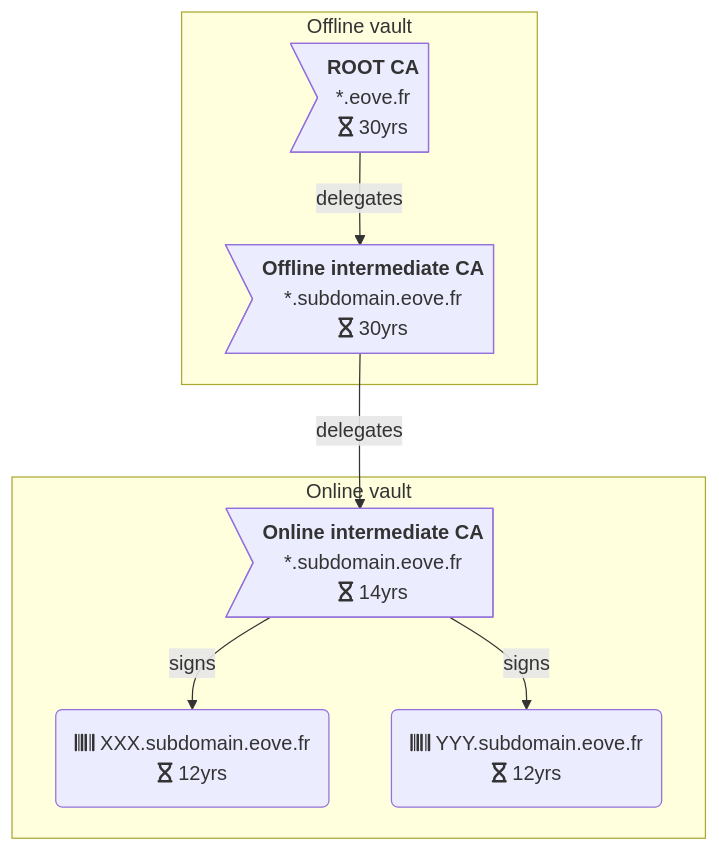
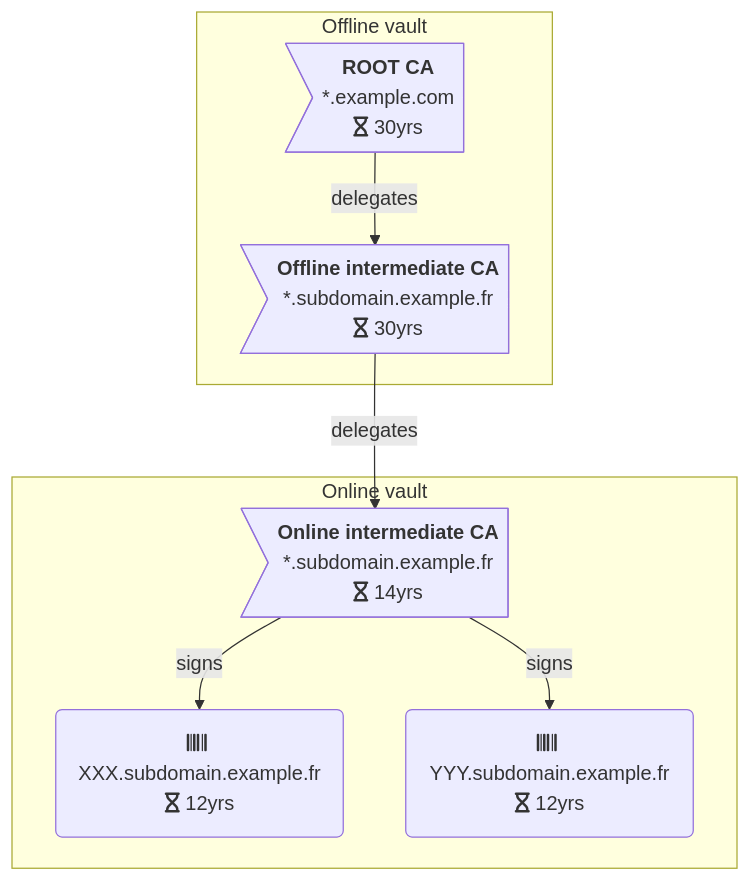
Before and after one commit to eove/orca: the diagram in docs/architecture.md, drawn with Mermaid. The commit also changed other lines of this file and 7 other files, not shown here.

````diff
--- a/docs/architecture.md
+++ b/docs/architecture.md
@@ -18,25 +17,25 @@
 ```mermaid
 flowchart TD
 
     subgraph Offline vault
-        EOVE_ROOT_CA>"<b>ROOT CA</b>
-*.eove.fr
+        ROOT_CA>"<b>ROOT CA</b>
+*.example.com
 fa:fa-hourglass 30yrs"]
-        EOVE_INTERMEDIATE_CA>"<b>Offline intermediate CA</b>
-*.subdomain.eove.fr
+        INTERMEDIATE_CA>"<b>Offline intermediate CA</b>
+*.subdomain.example.fr
 fa:fa-hourglass 30yrs"]
     end
-    EOVE_ROOT_CA --> |delegates| EOVE_INTERMEDIATE_CA
+    ROOT_CA --> |delegates| INTERMEDIATE_CA
 
-    EOVE_INTERMEDIATE_CA --> |delegates| VAULT_PKI
+    INTERMEDIATE_CA --> |delegates| VAULT_PKI
 
     subgraph Online vault
         VAULT_PKI>"<b>Online intermediate CA</b>
-*.subdomain.eove.fr
+*.subdomain.example.fr
 fa:fa-hourglass 14yrs"]
-        VAULT_PKI -->|signs| EOCON1("fa:fa-barcode XXX.subdomain.eove.fr
+        VAULT_PKI -->|signs| EOCON1("fa:fa-barcode XXX.subdomain.example.fr
 fa:fa-hourglass 12yrs")
-        VAULT_PKI -->|signs| EOCON2("fa:fa-barcode YYY.subdomain.eove.fr
+        VAULT_PKI -->|signs| EOCON2("fa:fa-barcode YYY.subdomain.example.fr
 fa:fa-hourglass 12yrs")
     end
 ```
````
